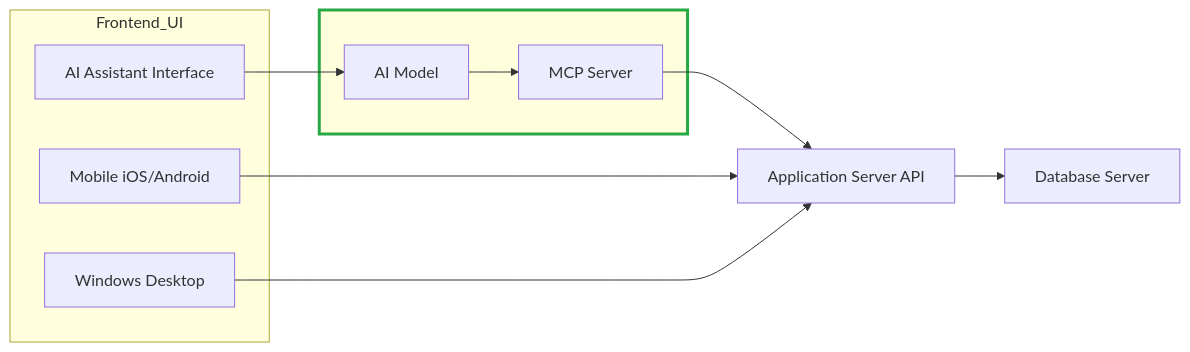
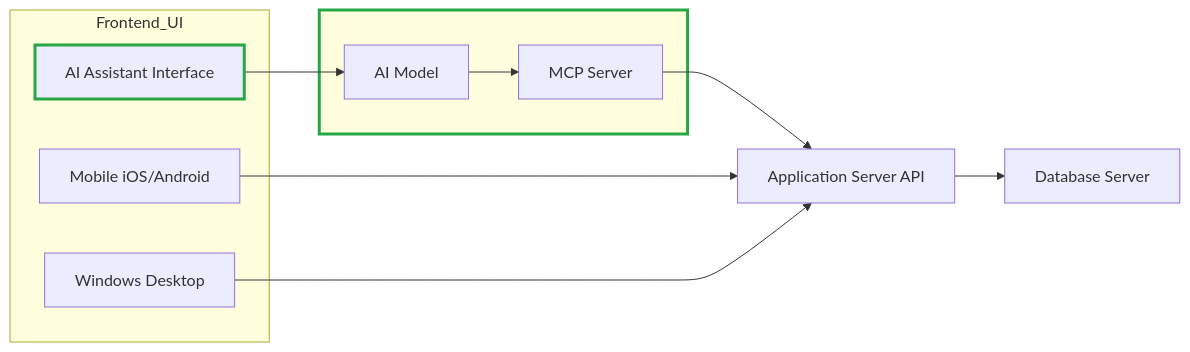
The second of 2 diagrams in README.md (Pcchschen/AIMCPSample), drawn with Mermaid before and after one commit.

````diff
--- a/README.md
+++ b/README.md
@@ -26,16 +26,17 @@
 ```mermaid
   flowchart LR 
     subgraph Frontend_UI 
       A3[AI Assistant Interface] 
       A1[Mobile iOS/Android] 
       A2[Windows Desktop] 
     end 
     subgraph New_Features[" "]
       A3 --> D[AI Model] 
       D --> E[MCP Server]                     
     end     
     style New_Features stroke:#28a745,stroke-width:3px 
+    style A3 stroke:#28a745,stroke-width:3px
     E --> B[Application Server API]
     B --> C[Database Server] 
     A1 & A2 --> B  
 ```
````
